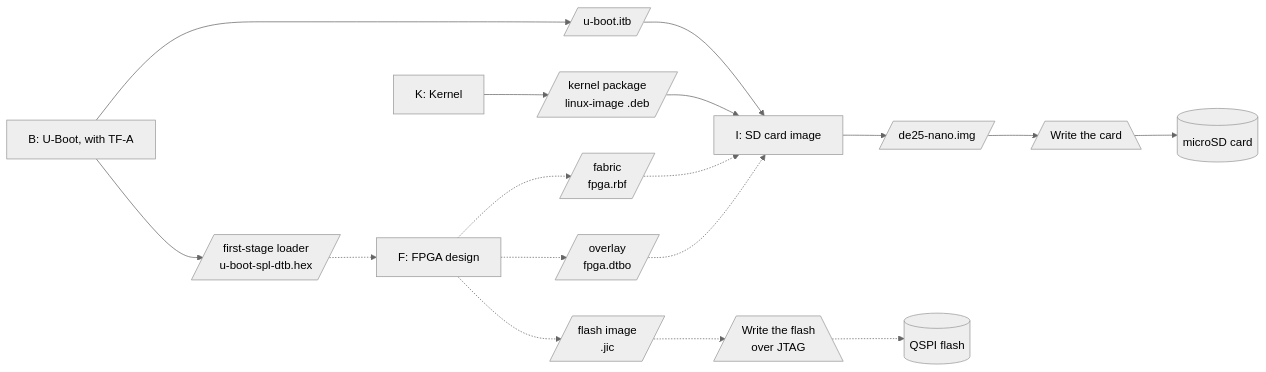
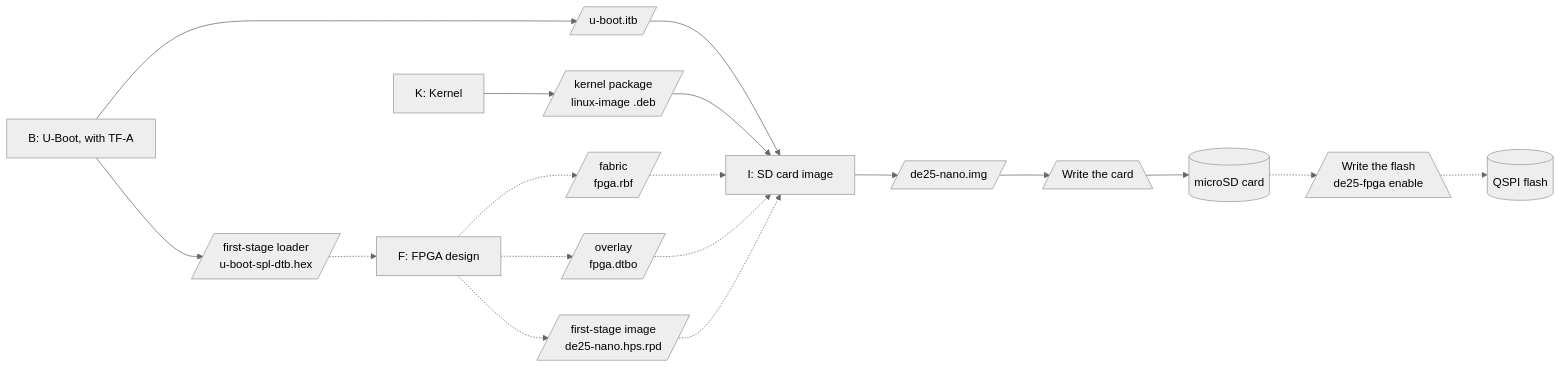
Before and after one commit to jclark/de25-nano-debian: the diagram in bringup.md, drawn with Mermaid (neutral theme). The commit also changed other lines of this file and 18 other files, not shown here.

First line of the commit message:
Write the flash from the board: de25-fpga enable, then U-Boot at the next boot

````diff
--- a/bringup.md
+++ b/bringup.md
@@ -58,25 +57,26 @@
 ```mermaid
 flowchart LR
   P1["B: U-Boot, with TF-A"]
   P2["K: Kernel"]
   P3["F: FPGA design"]
   P4["I: SD card image"]
   itb[/"u-boot.itb"/]
   spl[/"first-stage loader<br/>u-boot-spl-dtb.hex"/]
   pkg[/"kernel package<br/>linux-image .deb"/]
   rbf[/"fabric<br/>fpga.rbf"/]
   dtbo[/"overlay<br/>fpga.dtbo"/]
-  jic[/"flash image<br/>.jic"/]
+  rpd[/"first-stage image<br/>de25-nano.hps.rpd"/]
   img[/"de25-nano.img"/]
   wc[/"Write the card"\]
-  wf[/"Write the flash<br/>over JTAG"\]
+  wf[/"Write the flash<br/>de25-fpga enable"\]
   sd[("microSD card")]
   qspi[("QSPI flash")]
   P1 --> itb --> P4
   P1 --> spl -.-> P3
   P2 --> pkg --> P4
   P3 -.-> rbf -.-> P4
   P3 -.-> dtbo -.-> P4
-  P3 -.-> jic -.-> wf -.-> qspi
+  P3 -.-> rpd -.-> P4
   P4 --> img --> wc --> sd
+  sd -.-> wf -.-> qspi
 ```
````
